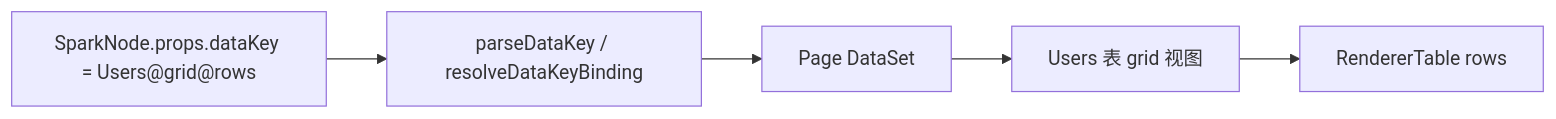
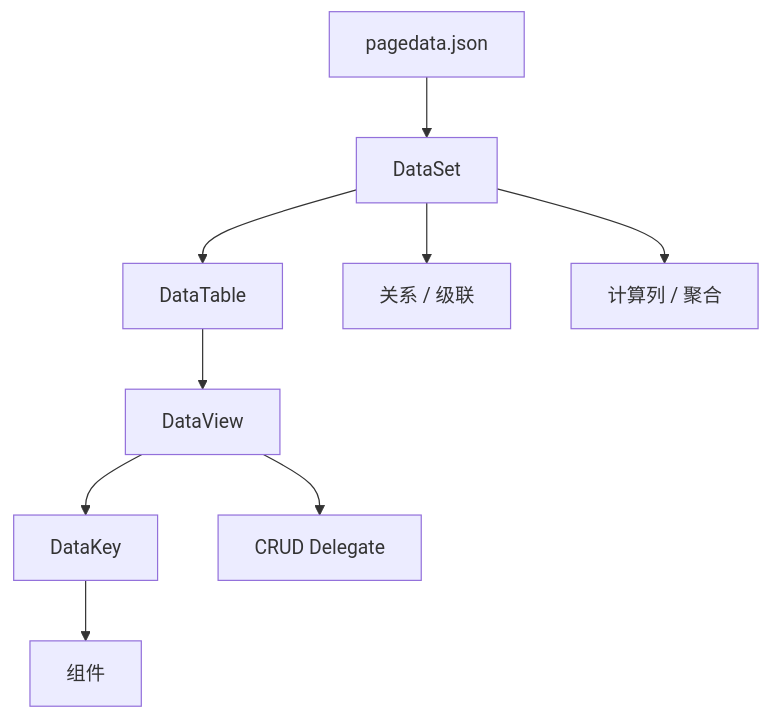
The ninth of 16 diagrams in docs/SPARK_VIEW_PROJECT_DEEP_DIVE_ZH.md (LMSpark/spark-view-vue), drawn with Mermaid before and after one commit. The commit also changed other lines of this file and 120 other files, not shown here.

First line of the commit message:
fix(spark-component): migrate legacy props.id and suppress FieldContextRenderer attr fallthrough

````diff
--- a/docs/SPARK_VIEW_PROJECT_DEEP_DIVE_ZH.md
+++ b/docs/SPARK_VIEW_PROJECT_DEEP_DIVE_ZH.md
@@ -379,10 +409,21 @@
 ```mermaid
-flowchart LR
-  Node["SparkNode.props.dataKey = Users@grid@rows"]
-  Parser["parseDataKey / resolveDataKeyBinding"]
-  DS["Page DataSet"]
-  View["Users 表 grid 视图"]
-  UI["RendererTable rows"]
+flowchart TD
+  PageData["pagedata.json"]
+  DataSet["DataSet"]
+  Table["DataTable"]
+  View["DataView"]
+  Key["DataKey"]
+  Component["组件"]
+  Crud["CRUD Delegate"]
+  Relation["关系 / 级联"]
+  Compute["计算列 / 聚合"]
 
-  Node --> Parser --> DS --> View --> UI
+  PageData --> DataSet
+  DataSet --> Table
+  Table --> View
+  View --> Key
+  Key --> Component
+  View --> Crud
+  DataSet --> Relation
+  DataSet --> Compute
 ```
````
